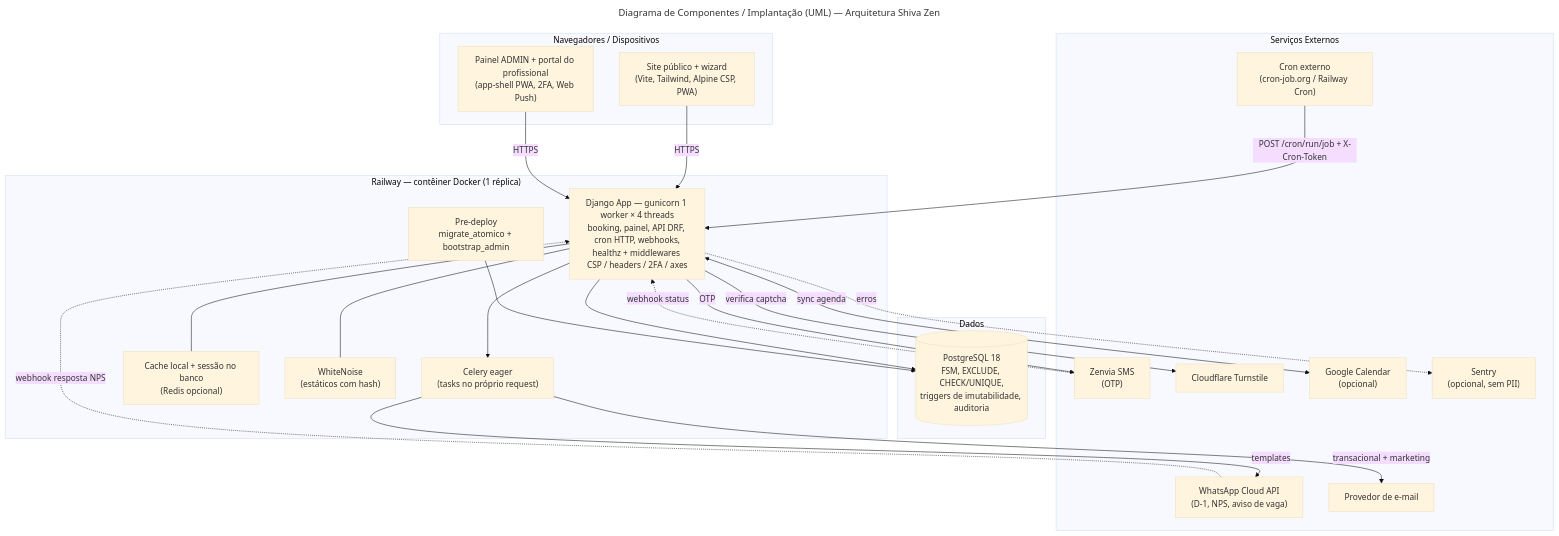
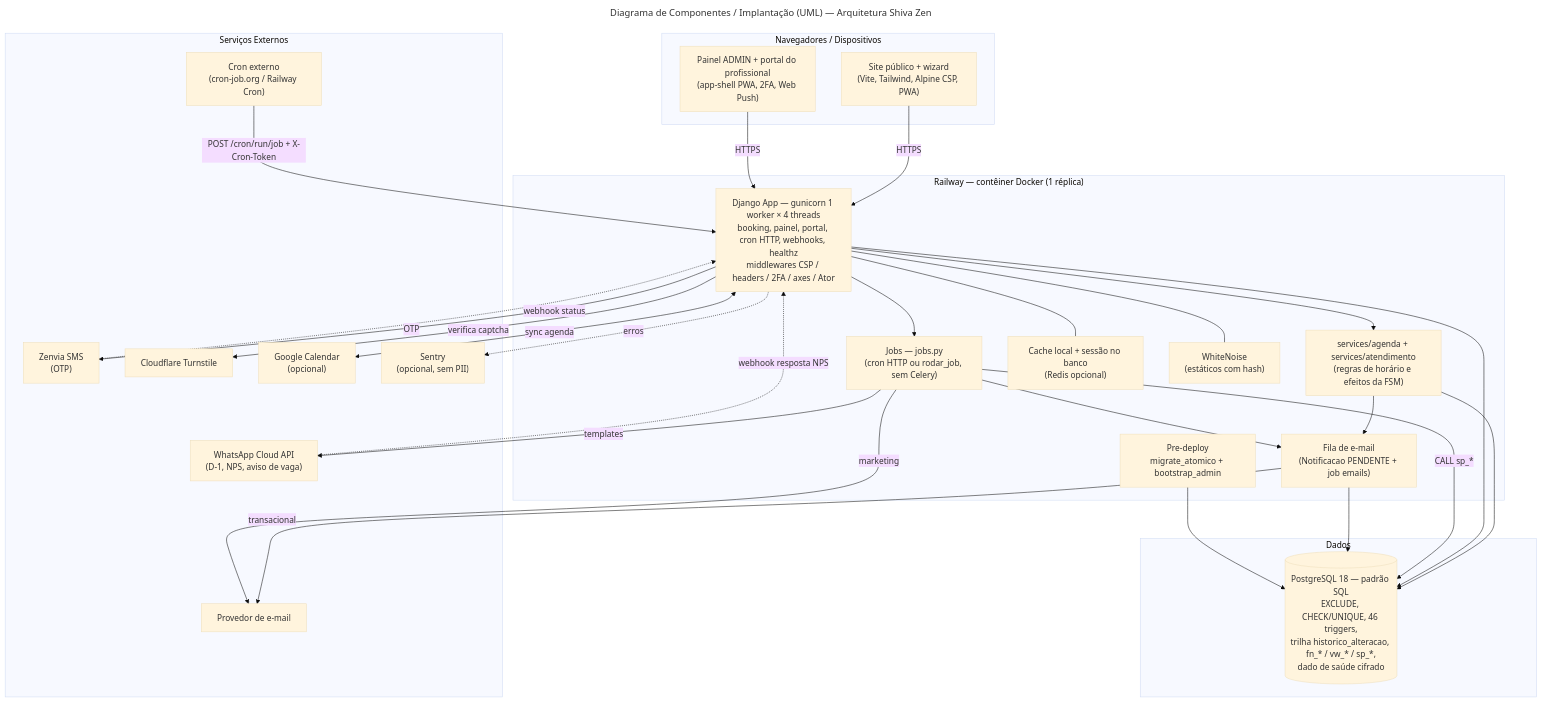
The diagram in docs/diagramas/08-componentes-arquitetura.mmd (RafaelSMaciel/jaqueline-aranha-estetica), drawn with Mermaid (base theme) before and after one commit. The commit also changed 20 other files, not shown here.

First line of the commit message:
docs(requisitos): documento de requisitos e UML v2.3 com a revisao 0047-0061

```diff
--- a/docs/diagramas/08-componentes-arquitetura.mmd
+++ b/docs/diagramas/08-componentes-arquitetura.mmd
@@ -1,49 +1,58 @@
 ---
 title: Diagrama de Componentes / Implantação (UML) — Arquitetura Shiva Zen
 ---
 flowchart TB
     subgraph Clientes["Navegadores / Dispositivos"]
         PUB["Site público + wizard<br/>(Vite, Tailwind, Alpine CSP, PWA)"]
         ADM["Painel ADMIN + portal do profissional<br/>(app-shell PWA, 2FA, Web Push)"]
     end
 
     subgraph Plataforma["Railway — contêiner Docker (1 réplica)"]
-        WEB["Django App — gunicorn 1 worker × 4 threads<br/>booking, painel, API DRF, cron HTTP, webhooks,<br/>healthz + middlewares CSP / headers / 2FA / axes"]
-        CEL["Celery eager<br/>(tasks no próprio request)"]
+        WEB["Django App — gunicorn 1 worker × 4 threads<br/>booking, painel, portal, cron HTTP, webhooks, healthz<br/>middlewares CSP / headers / 2FA / axes / Ator"]
+        SRV["services/agenda + services/atendimento<br/>(regras de horário e efeitos da FSM)"]
+        JOB["Jobs — jobs.py<br/>(cron HTTP ou rodar_job, sem Celery)"]
+        FILA["Fila de e-mail<br/>(Notificacao PENDENTE + job emails)"]
         CACHE["Cache local + sessão no banco<br/>(Redis opcional)"]
         WN["WhiteNoise<br/>(estáticos com hash)"]
         PRE["Pre-deploy<br/>migrate_atomico + bootstrap_admin"]
     end
 
     subgraph Dados["Dados"]
-        PG[("PostgreSQL 18<br/>FSM, EXCLUDE, CHECK/UNIQUE,<br/>triggers de imutabilidade, auditoria")]
+        PG[("PostgreSQL 18 — padrão SQL<br/>EXCLUDE, CHECK/UNIQUE, 46 triggers,<br/>trilha historico_alteracao, fn_* / vw_* / sp_*,<br/>dado de saúde cifrado")]
     end
 
     subgraph Externos["Serviços Externos"]
         CRON["Cron externo<br/>(cron-job.org / Railway Cron)"]
         ZEN["Zenvia SMS<br/>(OTP)"]
         WA["WhatsApp Cloud API<br/>(D-1, NPS, aviso de vaga)"]
         MAIL["Provedor de e-mail"]
         TS["Cloudflare Turnstile"]
         GC["Google Calendar<br/>(opcional)"]
         OBS["Sentry<br/>(opcional, sem PII)"]
     end
 
     PUB -->|HTTPS| WEB
     ADM -->|HTTPS| WEB
     WEB --- WN
     WEB --- CACHE
-    WEB --> CEL
+    WEB --> SRV
+    SRV --> PG
     WEB --> PG
+    WEB --> JOB
+    JOB -->|CALL sp_*| PG
+    SRV --> FILA
+    JOB --> FILA
+    FILA --> PG
     PRE --> PG
     CRON -->|POST /cron/run/job + X-Cron-Token| WEB
 
     WEB -->|OTP| ZEN
-    CEL -->|templates| WA
-    CEL -->|transacional + marketing| MAIL
+    JOB -->|templates| WA
+    FILA -->|transacional| MAIL
+    JOB -->|marketing| MAIL
     WEB -->|verifica captcha| TS
     WEB <-->|sync agenda| GC
     WEB -.erros.-> OBS
 
     ZEN -.webhook status.-> WEB
     WA -.webhook resposta NPS.-> WEB
```
